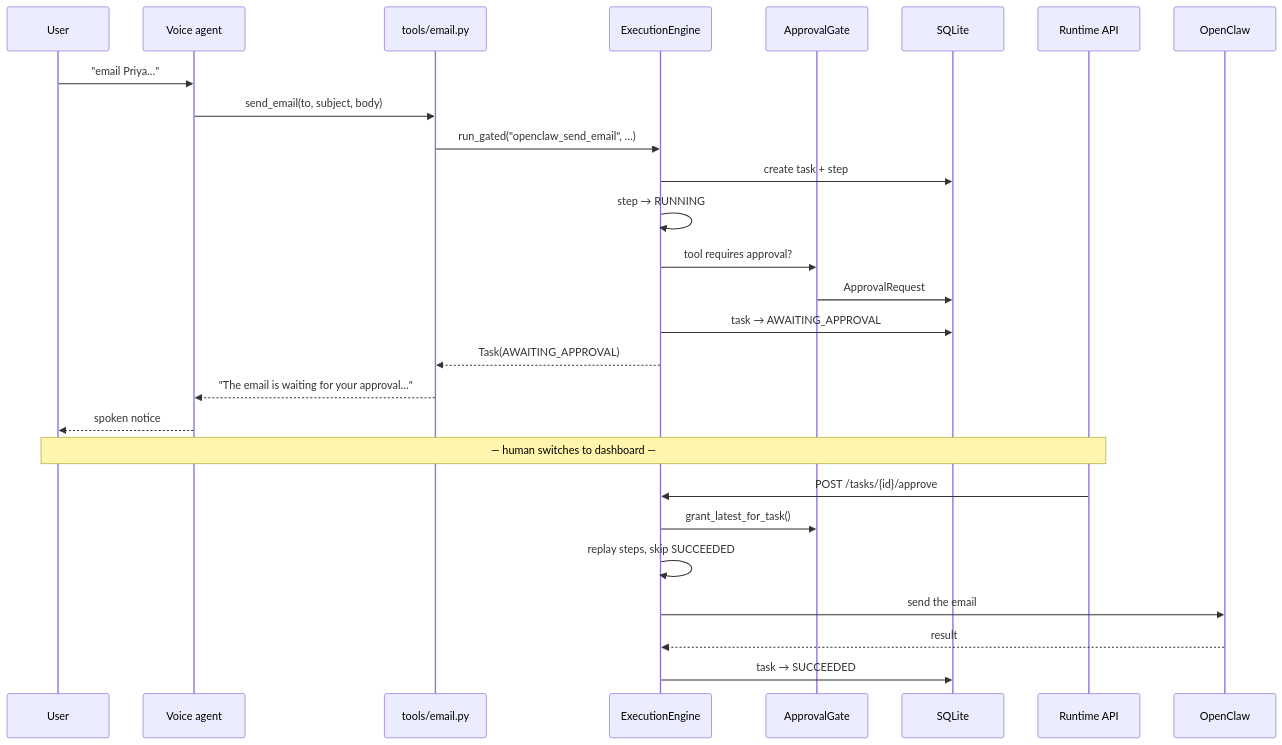
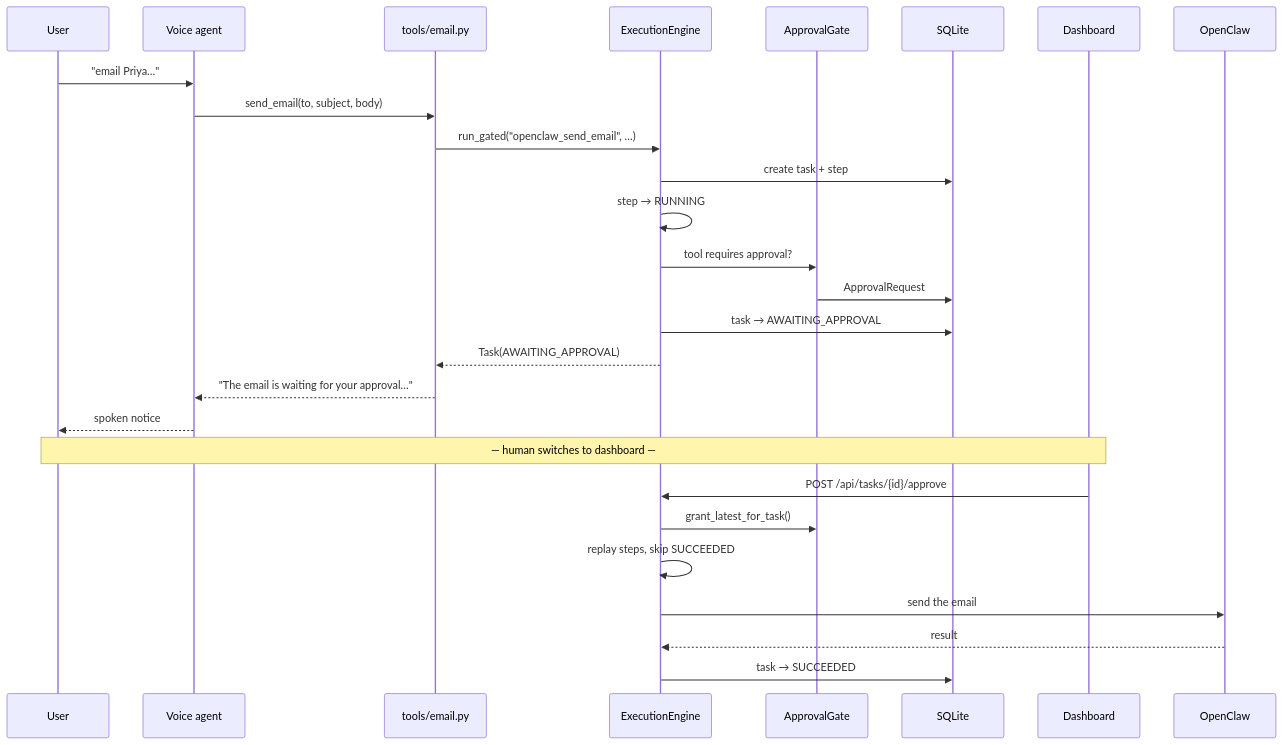
Before and after one commit to KenilGopani/Orion: the third of 5 diagrams in ARCHITECTURE.md, drawn with Mermaid. The commit also changed other lines of this file and 2 other files, not shown here.

````diff
--- a/ARCHITECTURE.md
+++ b/ARCHITECTURE.md
@@ -240,30 +243,30 @@
 ```mermaid
 sequenceDiagram
     participant U as User
     participant LK as Voice agent
     participant T as tools/email.py
     participant E as ExecutionEngine
     participant G as ApprovalGate
     participant DB as SQLite
-    participant API as Runtime API
+    participant API as Dashboard
     participant OC as OpenClaw
 
     U->>LK: "email Priya…"
     LK->>T: send_email(to, subject, body)
     T->>E: run_gated("openclaw_send_email", …)
     E->>DB: create task + step
     E->>E: step → RUNNING
     E->>G: tool requires approval?
     G->>DB: ApprovalRequest
     E->>DB: task → AWAITING_APPROVAL
     E-->>T: Task(AWAITING_APPROVAL)
     T-->>LK: "The email is waiting for your approval…"
     LK-->>U: spoken notice
     Note over U,API: — human switches to dashboard —
-    API->>E: POST /tasks/{id}/approve
+    API->>E: POST /api/tasks/{id}/approve
     E->>G: grant_latest_for_task()
     E->>E: replay steps, skip SUCCEEDED
     E->>OC: send the email
     OC-->>E: result
     E->>DB: task → SUCCEEDED
 ```
````
